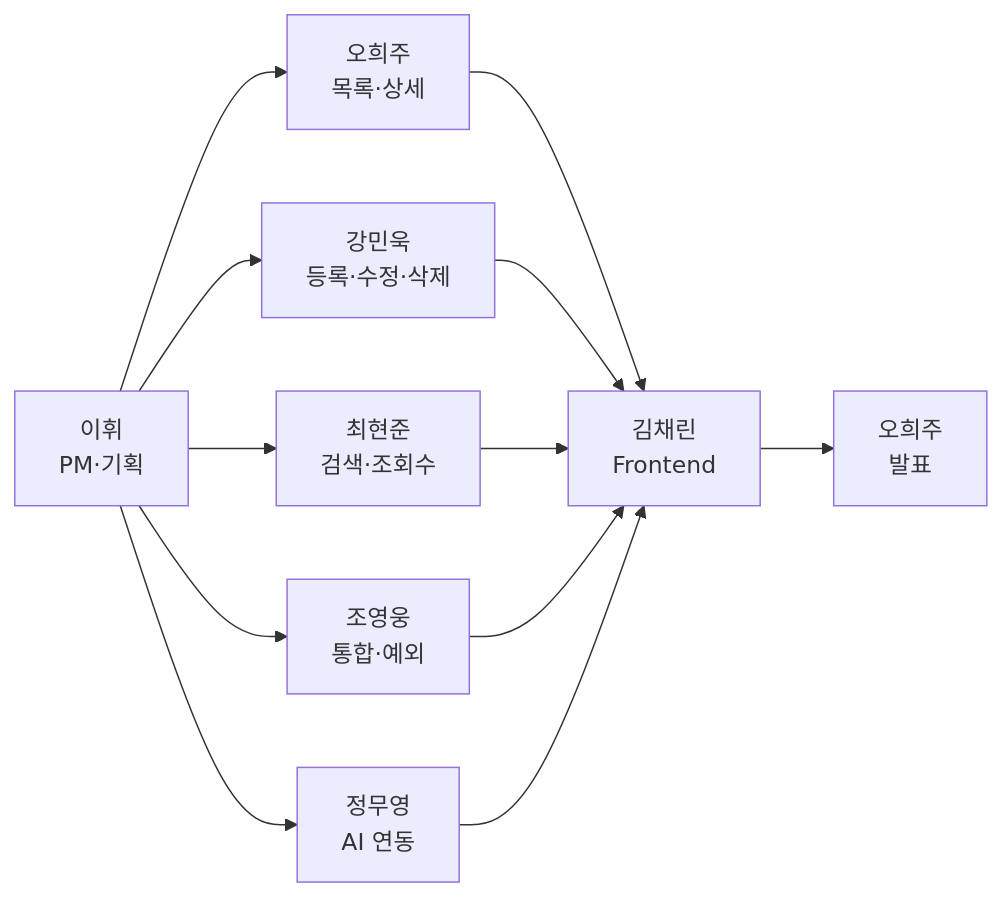
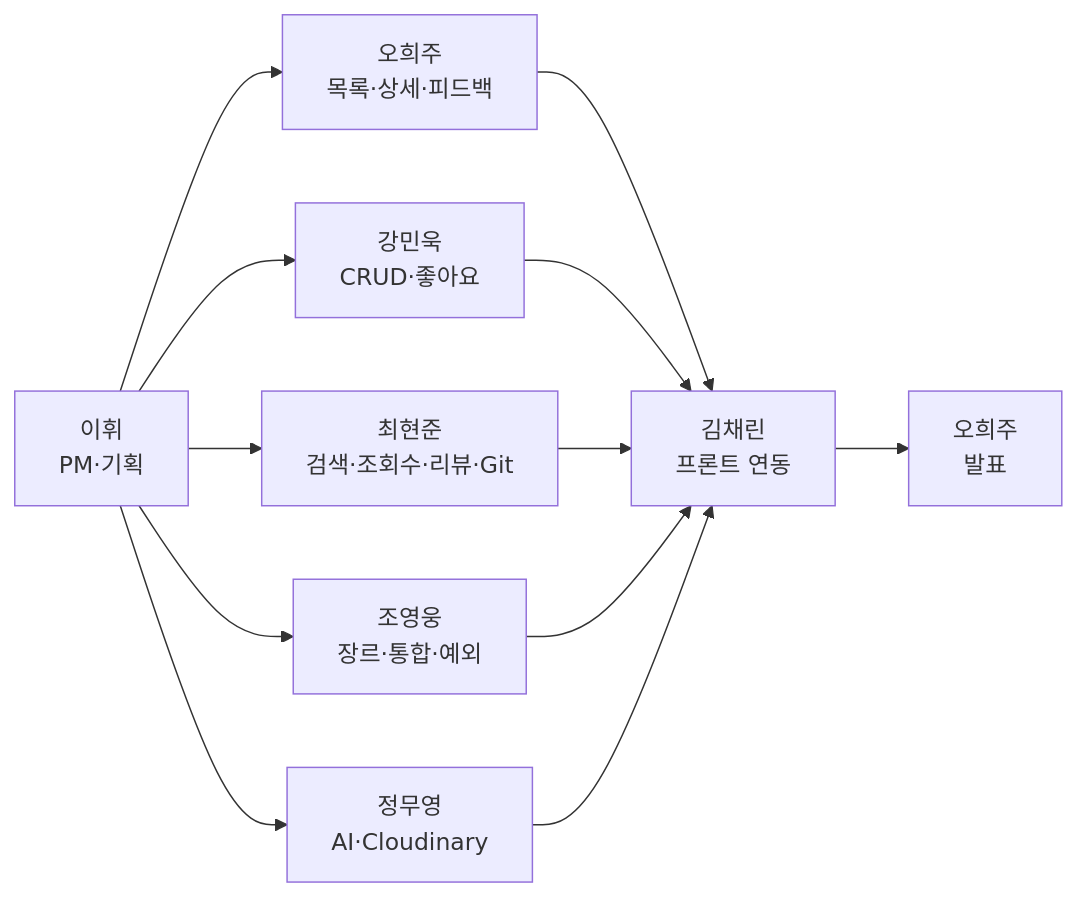
The first of 4 diagrams in README.md (minwook-Kang/booksBackend), drawn with Mermaid before and after one commit. The commit also changed other lines of this file, not shown here.

````diff
--- a/README.md
+++ b/README.md
@@ -29,10 +29,10 @@
 ```mermaid
 flowchart LR
-    PM[이휘<br/>PM·기획] --> BE1[오희주<br/>목록·상세]
-    PM --> BE2[강민욱<br/>등록·수정·삭제]
-    PM --> BE3[최현준<br/>검색·조회수]
-    PM --> INT[조영웅<br/>통합·예외]
-    PM --> AI[정무영<br/>AI 연동]
-    BE1 & BE2 & BE3 & INT & AI --> FE[김채린<br/>Frontend]
+    PM[이휘<br/>PM·기획] --> BE1[오희주<br/>목록·상세·피드백]
+    PM --> BE2[강민욱<br/>CRUD·좋아요]
+    PM --> BE3[최현준<br/>검색·조회수·리뷰·Git]
+    PM --> INT[조영웅<br/>장르·통합·예외]
+    PM --> AI[정무영<br/>AI·Cloudinary]
+    BE1 & BE2 & BE3 & INT & AI --> FE[김채린<br/>프론트 연동]
     FE --> PRES[오희주<br/>발표]
 ```
````
